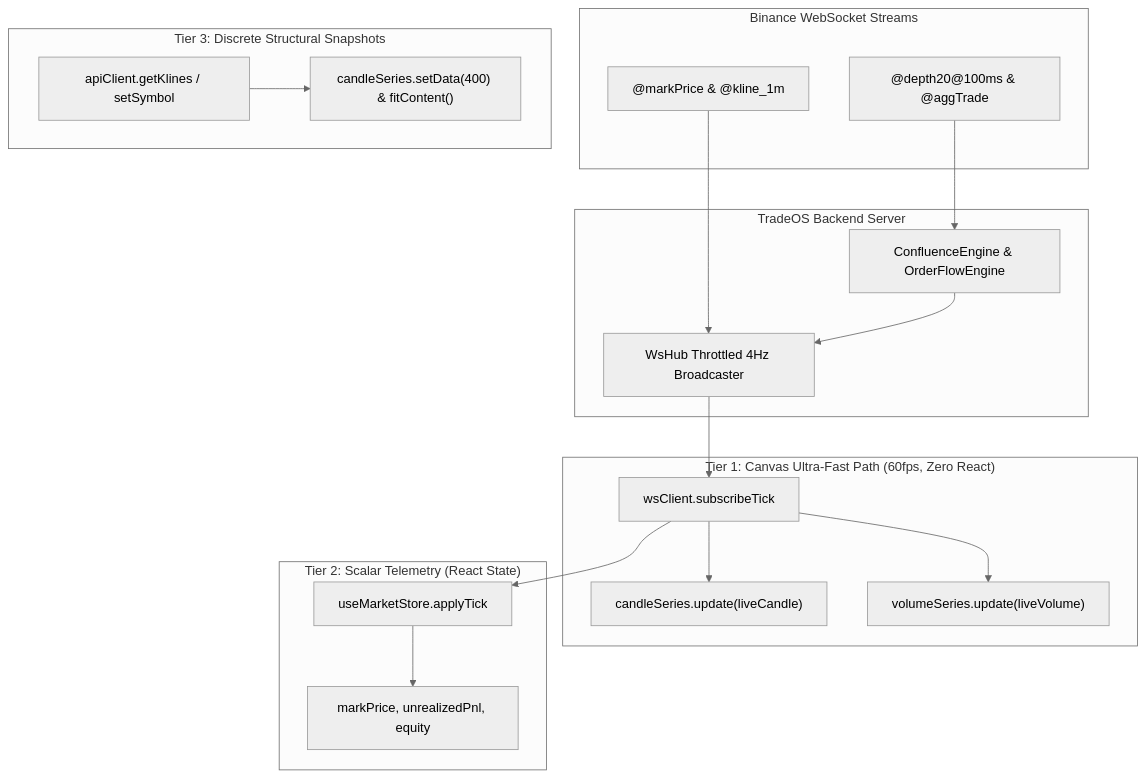
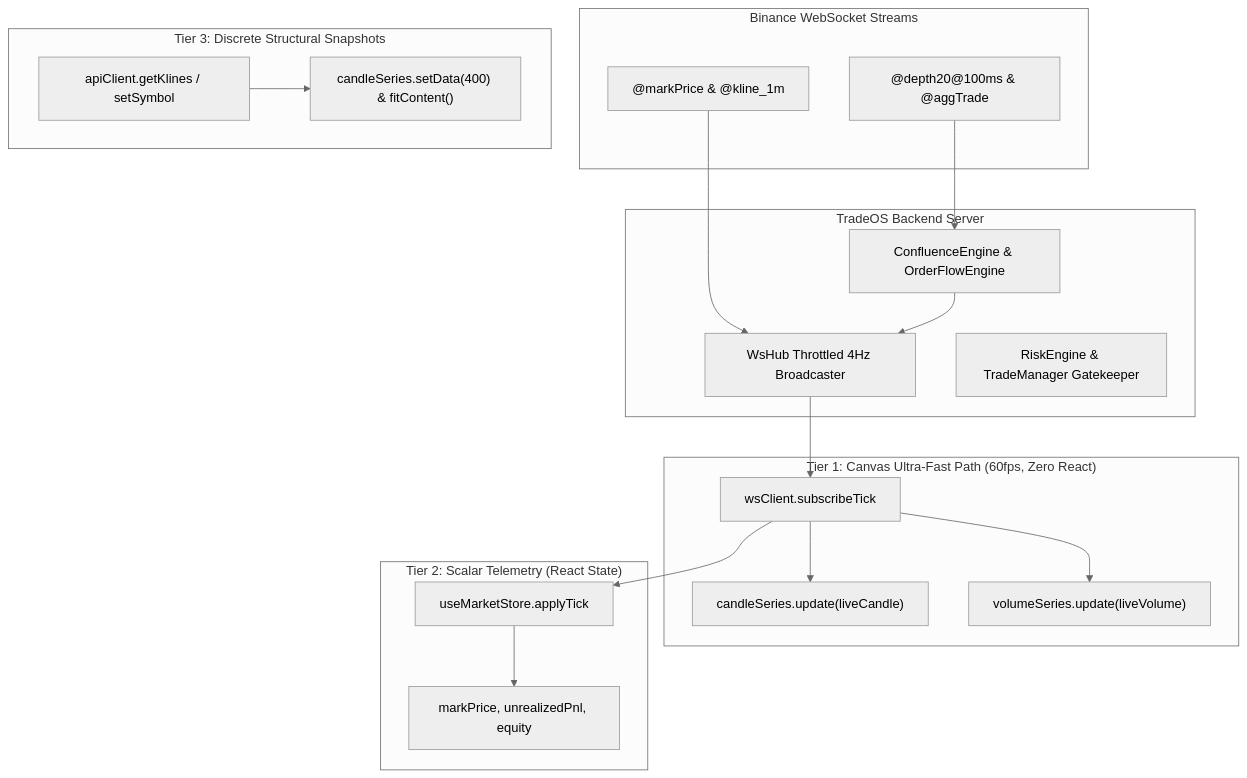
One commit to fxbluster/Trade changed the first of 2 diagrams in docs/designs/cockpit-stabilization-and-forensics.md. Above: the diagram before and after it, drawn with Mermaid (neutral theme). The commit also changed other lines of this file and 4 other files, not shown here.

Commit message:
fix(web): import apiClient in App.tsx to eliminate runtime reference error, update ChartCanvas test, and persist EGM docs

````diff
--- a/docs/designs/cockpit-stabilization-and-forensics.md
+++ b/docs/designs/cockpit-stabilization-and-forensics.md
@@ -74,36 +96,37 @@
 ```mermaid
 flowchart TD
     subgraph Binance_Exchange ["Binance WebSocket Streams"]
         TICK["@markPrice & @kline_1m"]
         DEPTH["@depth20@100ms & @aggTrade"]
     end
 
     subgraph Server_Layer ["TradeOS Backend Server"]
         WSHUB["WsHub Throttled 4Hz Broadcaster"]
         ENGINES["ConfluenceEngine & OrderFlowEngine"]
+        RISK["RiskEngine & TradeManager Gatekeeper"]
     end
 
     subgraph Client_Tier1 ["Tier 1: Canvas Ultra-Fast Path (60fps, Zero React)"]
         WSCLIENT["wsClient.subscribeTick"]
         CANDLE_UPDATE["candleSeries.update(liveCandle)"]
         VOL_UPDATE["volumeSeries.update(liveVolume)"]
     end
 
     subgraph Client_Tier2 ["Tier 2: Scalar Telemetry (React State)"]
         STORE["useMarketStore.applyTick"]
         SCALARS["markPrice, unrealizedPnl, equity"]
     end
 
     subgraph Client_Tier3 ["Tier 3: Discrete Structural Snapshots"]
         REST["apiClient.getKlines / setSymbol"]
         FULL_SET["candleSeries.setData(400) & fitContent()"]
     end
 
     TICK --> WSHUB
     DEPTH --> ENGINES --> WSHUB
     WSHUB --> WSCLIENT
     WSCLIENT --> CANDLE_UPDATE
     WSCLIENT --> VOL_UPDATE
     WSCLIENT --> STORE --> SCALARS
     REST --> FULL_SET
 ```
````
